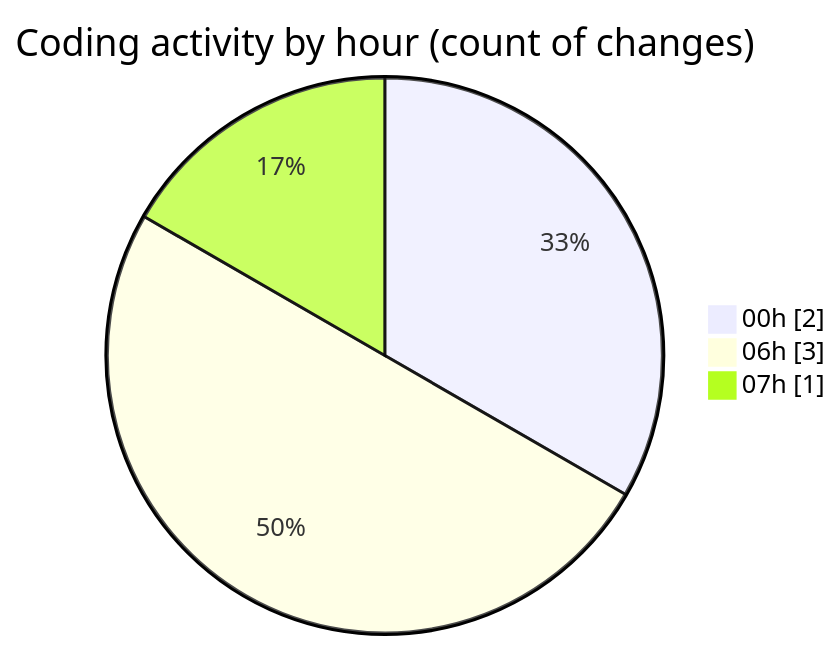
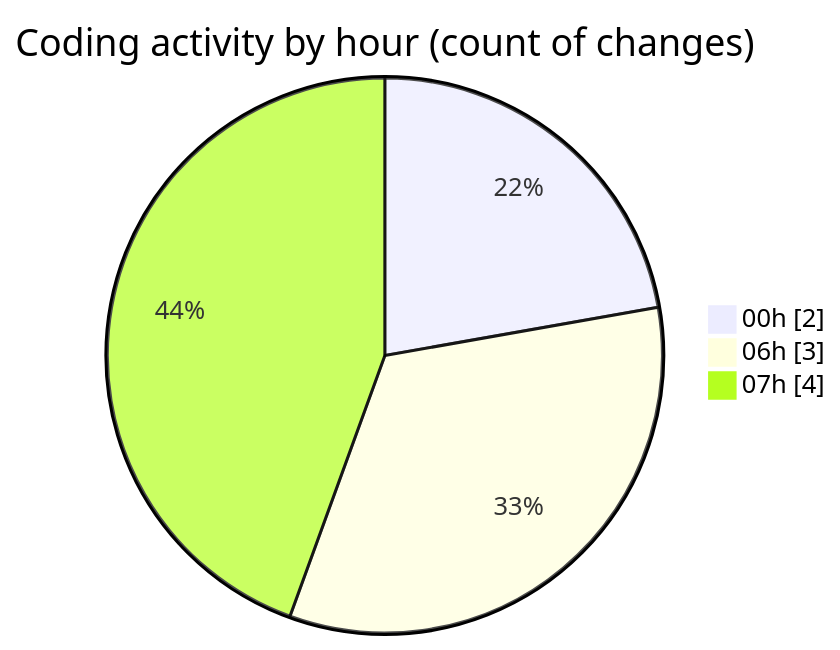
One commit to Elitesun/code-tracking changed the second of 2 diagrams in 2025-05-15/niten/README.md. Above: the diagram before and after it, drawn with Mermaid. The commit also changed other lines of this file and 1 other file, not shown here.

````diff
--- a/2025-05-15/niten/README.md
+++ b/2025-05-15/niten/README.md
@@ -30,7 +31,7 @@
 ```mermaid
 pie showData
 title Coding activity by hour (count of changes)
 "00h" : 2
 "06h" : 3
-"07h" : 1
+"07h" : 4
 ```
````
